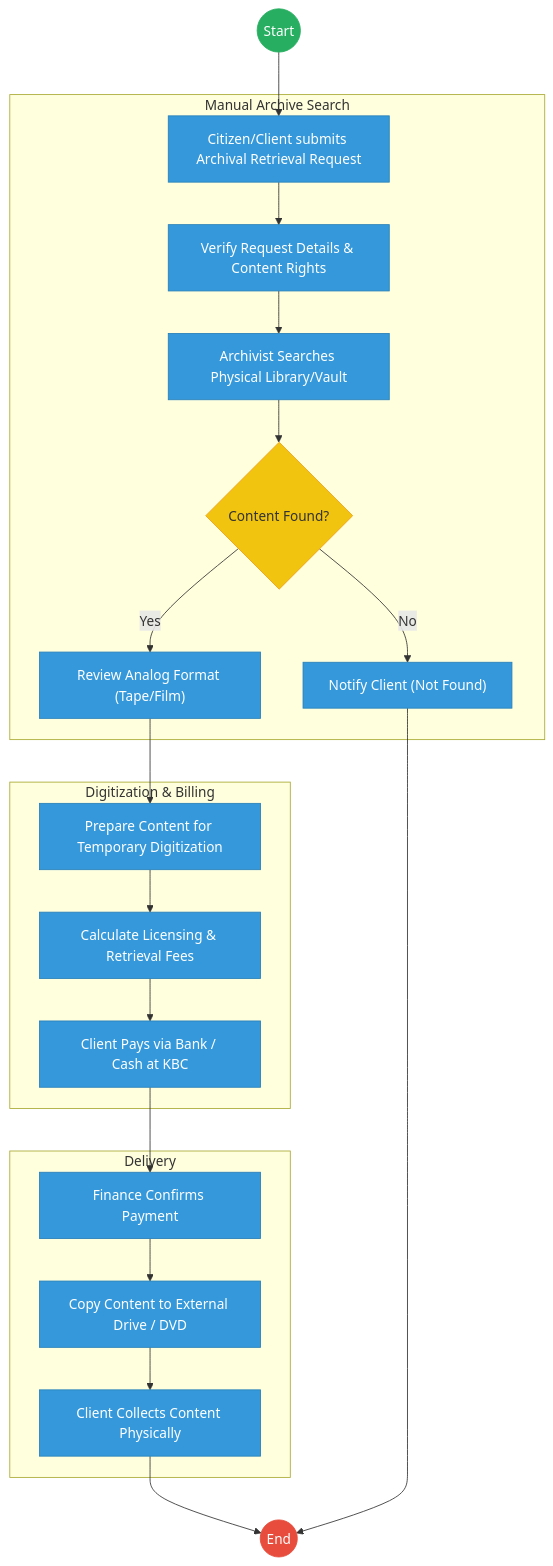
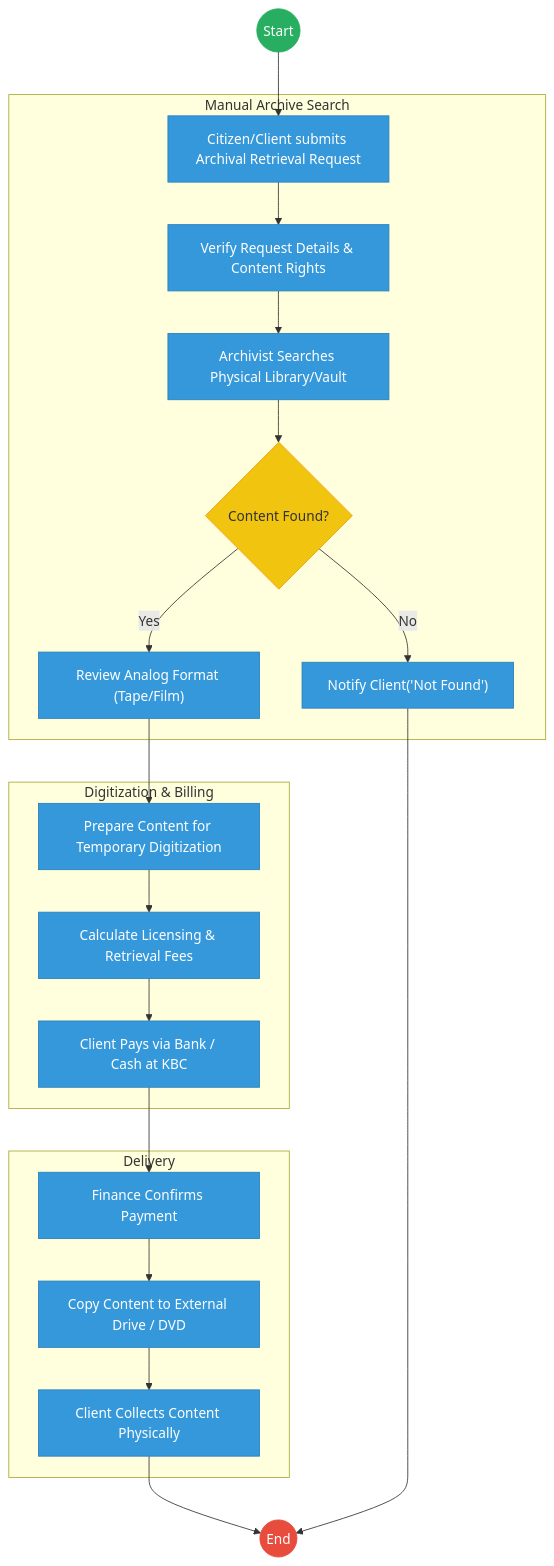
Before and after one commit to BITZ-IT-Consulting-LTD/ictapoc: the first of 2 diagrams in mdas/docs_final/priority_mdas/Kenya_Broadcasting_Corporation___Service_Delivery.md, drawn with Mermaid. The commit also changed other lines of this file and 33 other files, not shown here.

````diff
--- a/mdas/docs_final/priority_mdas/Kenya_Broadcasting_Corporation___Service_Delivery.md
+++ b/mdas/docs_final/priority_mdas/Kenya_Broadcasting_Corporation___Service_Delivery.md
@@ -21,37 +21,37 @@
 ```mermaid
 graph TD
     Start((Start)) --> Request["Citizen/Client submits Archival Retrieval Request"]
     
-    subgraph Search [Manual Archive Search]
+    subgraph Search["Manual Archive Search"]
         Request --> Verify["Verify Request Details & Content Rights"]
         Verify --> PhysicalSearch["Archivist Searches Physical Library/Vault"]
         PhysicalSearch --> Found{"Content Found?"}
         
-        Found -- "No" --> Notify["Notify Client (Not Found)"]
+        Found -- "No" --> Notify["Notify Client('Not Found')"]
         Found -- "Yes" --> Review["Review Analog Format (Tape/Film)"]
     end
     
-    subgraph Processing [Digitization & Billing]
+    subgraph Processing["Digitization & Billing"]
         Review --> Prep["Prepare Content for Temporary Digitization"]
         Prep --> Bill["Calculate Licensing & Retrieval Fees"]
         Bill --> Payment["Client Pays via Bank / Cash at KBC"]
     end
     
     subgraph Issuance [Delivery]
         Payment --> Confirm["Finance Confirms Payment"]
         Confirm --> Copy["Copy Content to External Drive / DVD"]
         Copy --> Collect["Client Collects Content Physically"]
     end
     
     Collect --> End((End))
     Notify --> End
 
     classDef start fill:#27ae60,stroke:#27ae60,color:#fff;
     classDef endNode fill:#e74c3c,stroke:#e74c3c,color:#fff;
     classDef userTask fill:#3498db,stroke:#2980b9,color:#fff;
     classDef gateway fill:#f1c40f,stroke:#f39c12,color:#333;
     class Start start;
     class End endNode;
     class Found gateway;
     class Request,Verify,PhysicalSearch,Review,Prep,Bill,Payment,Confirm,Copy,Collect,Notify userTask;
 ```
````
